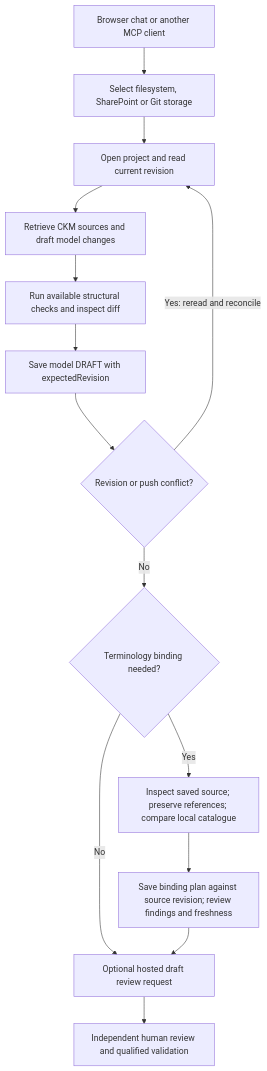
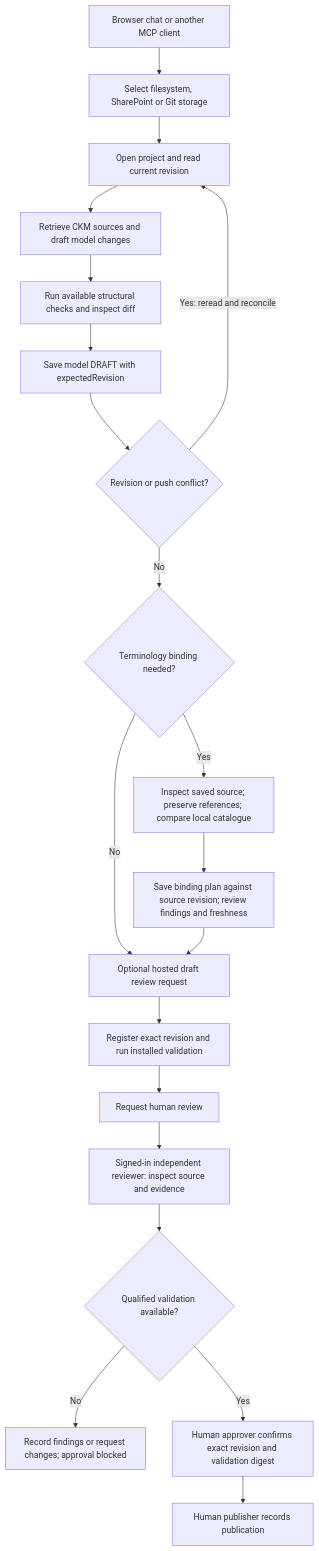
The second of 2 diagrams in README.md (CzarMich/openehr-modelling-assistant), drawn with Mermaid before and after one commit. The commit also changed other lines of this file and 90 other files, not shown here.

Commit message:
feat(governance): persist human review and exact-revision audit evidence

````diff
--- a/README.md
+++ b/README.md
@@ -121,15 +135,21 @@
 ```mermaid
 flowchart TD
     Chat[Browser chat or another MCP client] --> P[Select filesystem, SharePoint or Git storage] --> R[Open project and read current revision]
     R --> D[Retrieve CKM sources and draft model changes]
     D --> V[Run available structural checks and inspect diff]
     V --> S[Save model DRAFT with expectedRevision]
     S --> C{Revision or push conflict?}
     C -->|Yes: reread and reconcile| R
     C -->|No| T{Terminology binding needed?}
     T -->|No| PR[Optional hosted draft review request]
     T -->|Yes| B[Inspect saved source; preserve references; compare local catalogue]
     B --> TB[Save binding plan against source revision; review findings and freshness]
     TB --> PR
-    PR --> H[Independent human review and qualified validation]
+    PR --> GP[Register exact revision and run installed validation]
+    GP --> RR[Request human review]
+    RR --> H[Signed-in independent reviewer: inspect source and evidence]
+    H --> Q{Qualified validation available?}
+    Q -->|No| F[Record findings or request changes; approval blocked]
+    Q -->|Yes| A[Human approver confirms exact revision and validation digest]
+    A --> PUB[Human publisher records publication]
 ```
````
